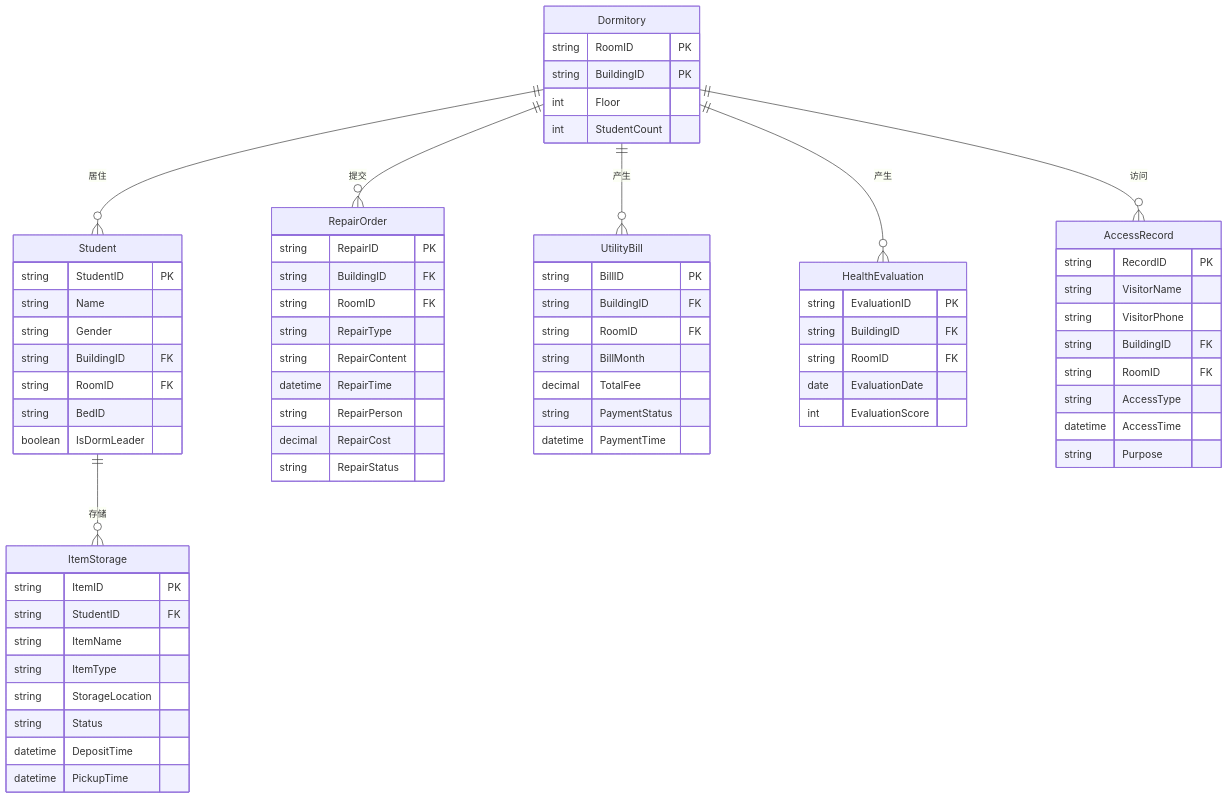
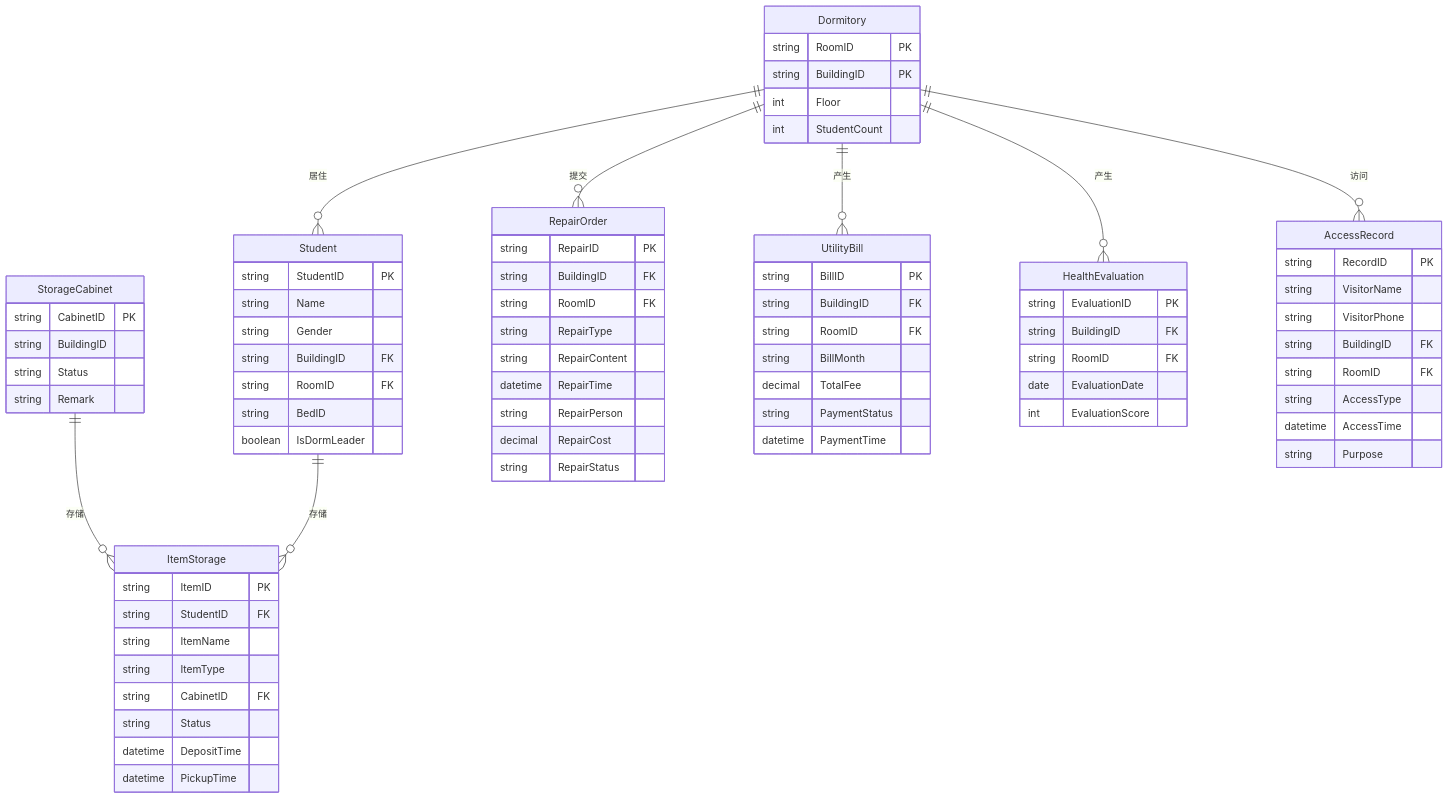
One commit to FoliAge-0x76/Dorm-DBMSProject changed the diagram in docs/design/er_graph/表关系图.mermaid. Above: the diagram before and after it, drawn with Mermaid. The commit also changed 6 other files, not shown here.

```diff
--- a/docs/design/er_graph/表关系图.mermaid
+++ b/docs/design/er_graph/表关系图.mermaid
@@ -1,72 +1,79 @@
 erDiagram
+    StorageCabinet {
+        string CabinetID PK
+        string BuildingID
+        string Status
+        string Remark 
+    }
     Student {
         string StudentID PK
         string Name
         string Gender
         string BuildingID FK
         string RoomID FK
         string BedID
         boolean IsDormLeader
     }
     ItemStorage {
         string ItemID PK
         string StudentID FK
         string ItemName
         string ItemType
-        string StorageLocation
+        string CabinetID FK
         string Status
         datetime DepositTime
         datetime PickupTime
     }
     Dormitory {
         string RoomID PK
         string BuildingID PK
         int Floor
         int StudentCount
     }
 
     RepairOrder {
         string RepairID PK
         string BuildingID FK
         string RoomID FK
         string RepairType
         string RepairContent
         datetime RepairTime
         string RepairPerson
         decimal RepairCost
         string RepairStatus
     }
 
     UtilityBill {
         string BillID PK
         string BuildingID FK
         string RoomID FK
         string BillMonth
         decimal TotalFee
         string PaymentStatus
         datetime PaymentTime
     }
 
     HealthEvaluation {
         string EvaluationID PK
         string BuildingID FK
         string RoomID FK
         date EvaluationDate
         int EvaluationScore
     }
     AccessRecord {
         string RecordID PK
         string VisitorName
         string VisitorPhone
         string BuildingID FK
         string RoomID FK
         string AccessType
         datetime AccessTime
         string Purpose
     }
+    StorageCabinet ||--o{ ItemStorage : 存储
     Dormitory ||--o{ AccessRecord : 访问
     Student ||--o{ ItemStorage : 存储
     Dormitory ||--o{ RepairOrder : 提交
     Dormitory ||--o{ Student : "居住"
     Dormitory ||--o{ UtilityBill : "产生"
     Dormitory ||--o{ HealthEvaluation : "产生"
```
